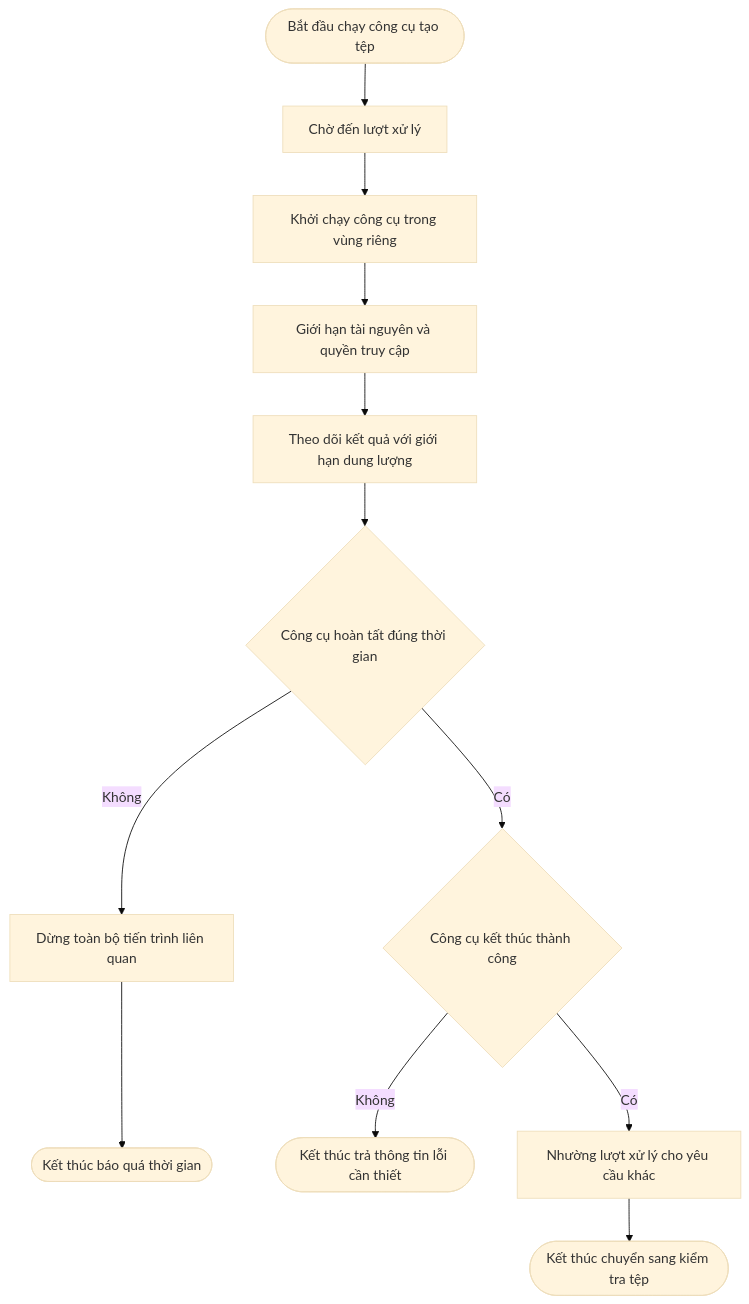
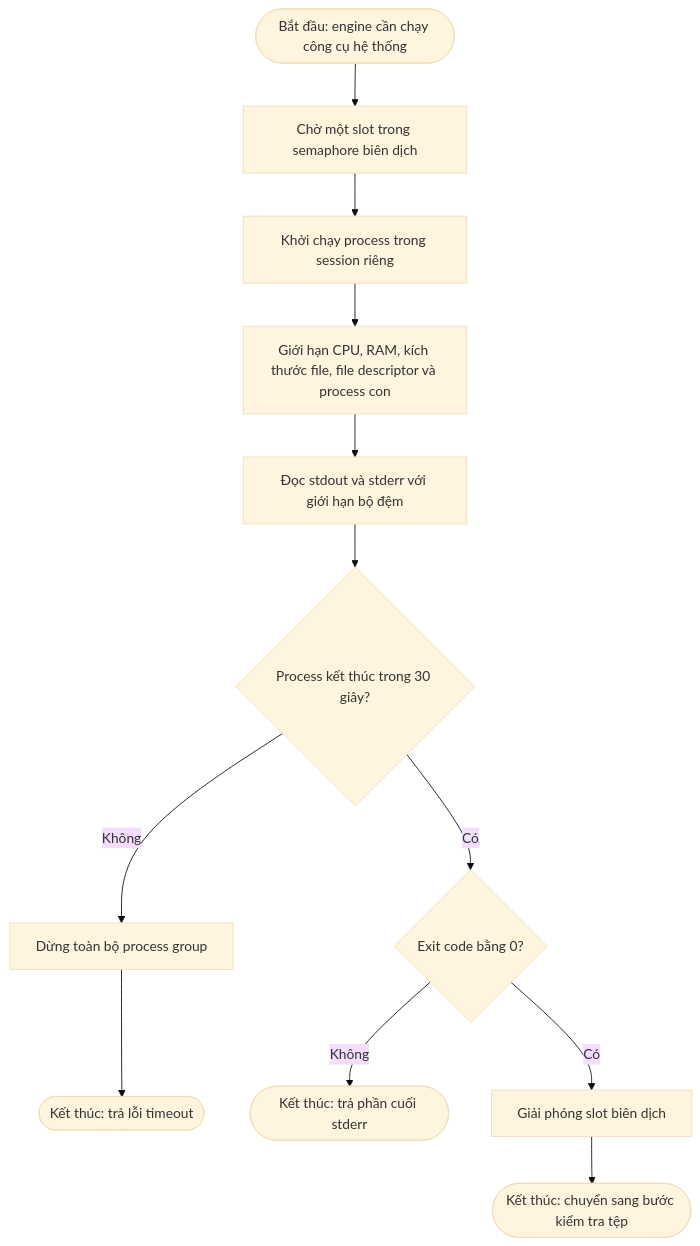
Before and after one commit to MinTruqday/dl: the ninth of 10 diagrams in compilation_workflow_and_architecture_guide.md, drawn with Mermaid (base theme). The commit also changed other lines of this file and 78 other files, not shown here.

````diff
--- a/compilation_workflow_and_architecture_guide.md
+++ b/compilation_workflow_and_architecture_guide.md
@@ -275,14 +218,14 @@
 ```mermaid
 flowchart TD
-    Start([Bắt đầu chạy công cụ tạo tệp]) --> WaitSlot[Chờ đến lượt xử lý]
-    WaitSlot --> CreateProcess[Khởi chạy công cụ trong vùng riêng]
-    CreateProcess --> ApplyLimits[Giới hạn tài nguyên và quyền truy cập]
-    ApplyLimits --> WaitResult[Theo dõi kết quả với giới hạn dung lượng]
-    WaitResult --> Finished{Công cụ hoàn tất đúng thời gian}
-    Finished -->|Không| KillGroup[Dừng toàn bộ tiến trình liên quan]
-    KillGroup --> Timeout([Kết thúc báo quá thời gian])
-    Finished -->|Có| ExitOK{Công cụ kết thúc thành công}
-    ExitOK -->|Không| ProcessError([Kết thúc trả thông tin lỗi cần thiết])
-    ExitOK -->|Có| ReleaseSlot[Nhường lượt xử lý cho yêu cầu khác]
-    ReleaseSlot --> End([Kết thúc chuyển sang kiểm tra tệp])
+    Start([Bắt đầu: engine cần chạy công cụ hệ thống]) --> WaitSlot[Chờ một slot trong semaphore biên dịch]
+    WaitSlot --> CreateProcess[Khởi chạy process trong session riêng]
+    CreateProcess --> ApplyLimits[Giới hạn CPU, RAM, kích thước file, file descriptor và process con]
+    ApplyLimits --> WaitResult[Đọc stdout và stderr với giới hạn bộ đệm]
+    WaitResult --> Finished{Process kết thúc trong 30 giây?}
+    Finished -->|Không| KillGroup[Dừng toàn bộ process group]
+    KillGroup --> Timeout([Kết thúc: trả lỗi timeout])
+    Finished -->|Có| ExitOK{Exit code bằng 0?}
+    ExitOK -->|Không| ProcessError([Kết thúc: trả phần cuối stderr])
+    ExitOK -->|Có| ReleaseSlot[Giải phóng slot biên dịch]
+    ReleaseSlot --> End([Kết thúc: chuyển sang bước kiểm tra tệp])
 ```
````
